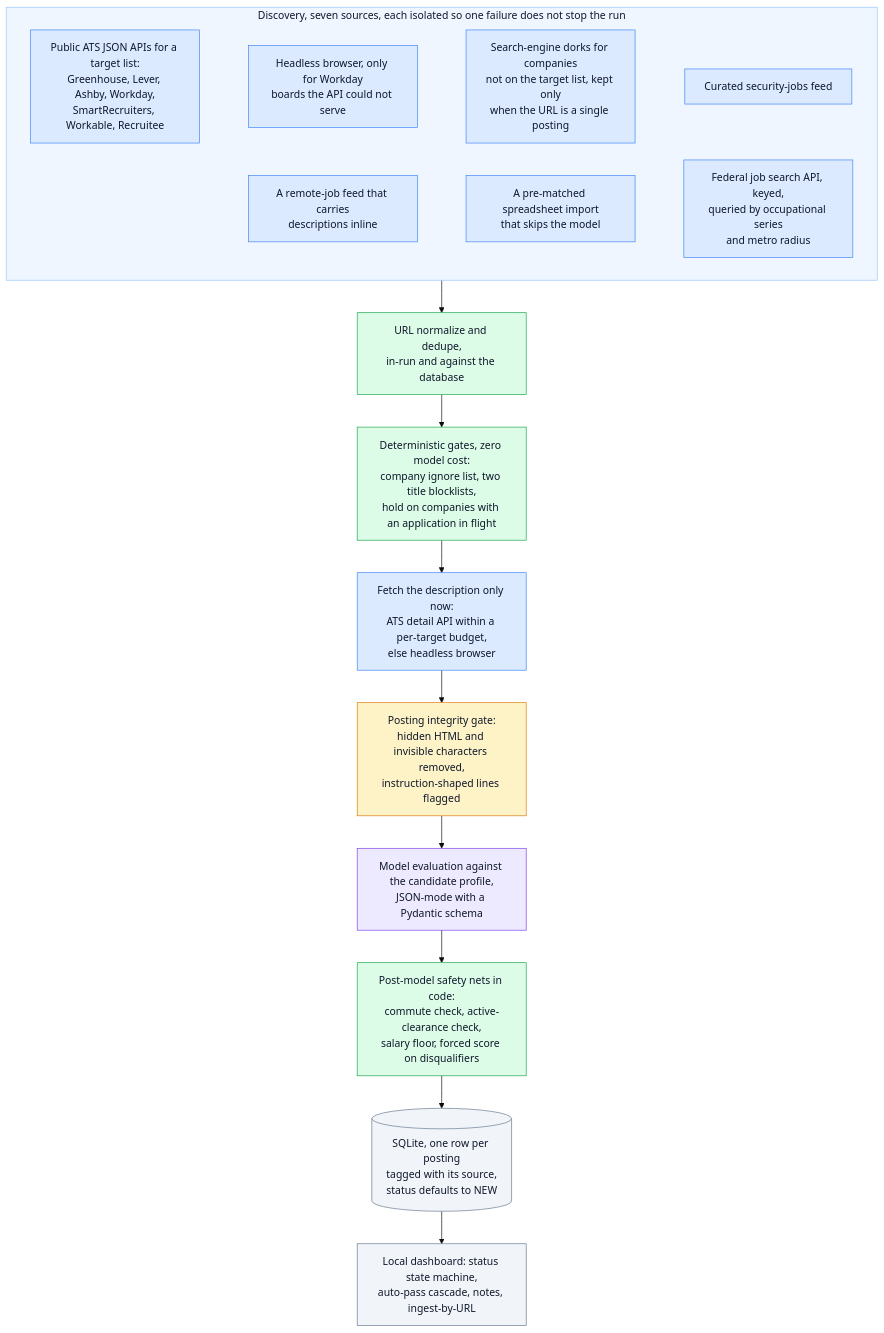
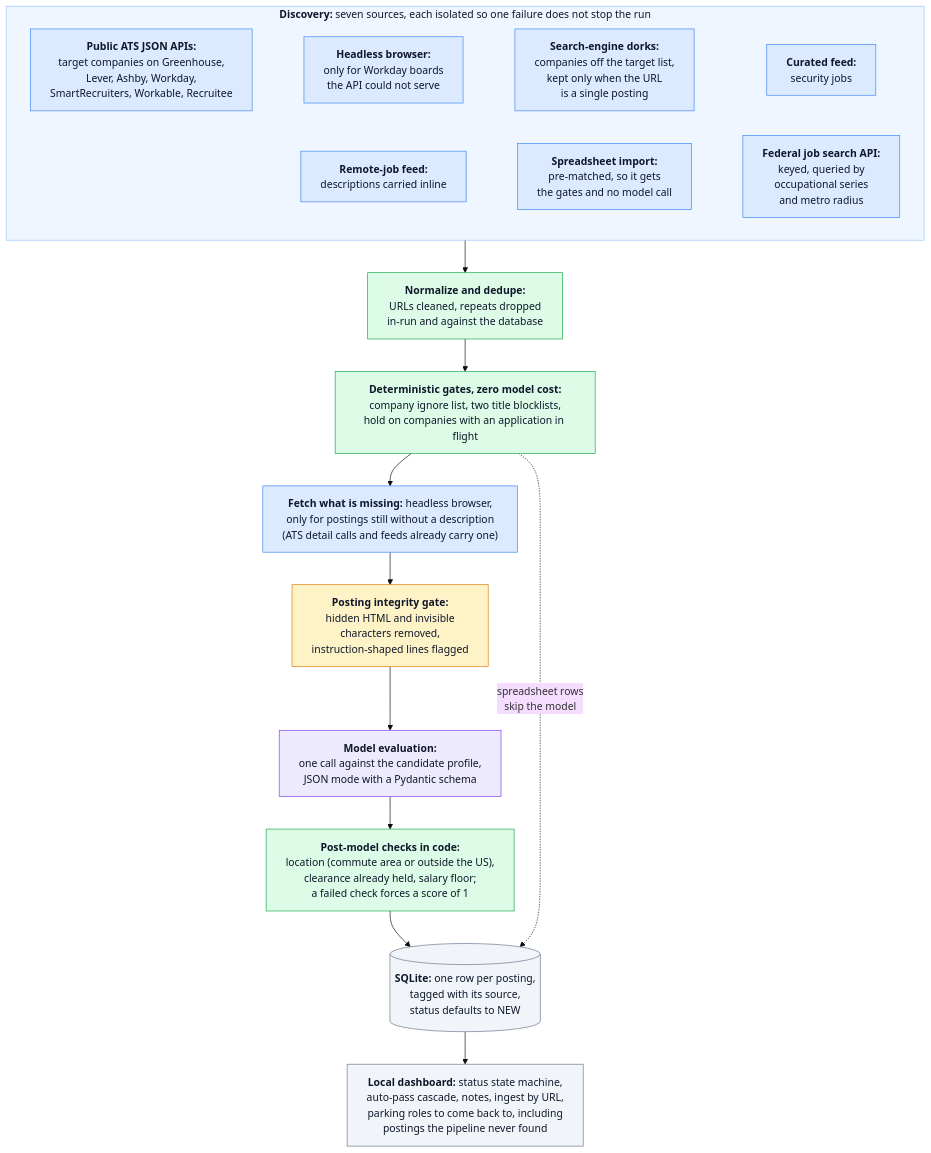
The diagram in README.md (nguyenaax/job-meets-resume), drawn with Mermaid (base theme) before and after one commit. The commit also changed other lines of this file and 2 other files, not shown here.

Commit message:
Refresh the pipeline diagram and trim the README intro
- Diagram: bold lead-ins, wider label wrap, fetch step matches the code
  (ATS detail calls and feeds already carry descriptions), spreadsheet
  rows shown skipping the model, post-model checks include outside-US
  locations, dashboard node covers parking roles to come back to.
- Color key as a table instead of a run-on sentence.
- Drop the name explanation and the closing offer to discuss; name
  Claude Code instead of 'AI coding tools'.
- Document the PARKED status and the park command.

````diff
--- a/README.md
+++ b/README.md
@@ -19,56 +19,70 @@
 ```mermaid
+%%{init: {"flowchart": {"wrappingWidth": 340}}}%%
 flowchart TD
-  subgraph DISCOVER["Discovery, seven sources, each isolated so one failure does not stop the run"]
-    S1["Public ATS JSON APIs for a target list:
-Greenhouse, Lever, Ashby, Workday,
+  subgraph DISCOVER["<b>Discovery:</b> seven sources, each isolated so one failure does not stop the run"]
+    S1["<b>Public ATS JSON APIs:</b>
+target companies on Greenhouse,
+Lever, Ashby, Workday,
 SmartRecruiters, Workable, Recruitee"]
-    S2["Headless browser, only for Workday
-boards the API could not serve"]
-    S3["Search-engine dorks for companies
-not on the target list, kept only
-when the URL is a single posting"]
-    S4["Curated security-jobs feed"]
-    S5["A remote-job feed that carries
-descriptions inline"]
-    S6["A pre-matched spreadsheet import
-that skips the model"]
-    S7["Federal job search API, keyed,
-queried by occupational series
+    S2["<b>Headless browser:</b>
+only for Workday boards
+the API could not serve"]
+    S3["<b>Search-engine dorks:</b>
+companies off the target list,
+kept only when the URL
+is a single posting"]
+    S4["<b>Curated feed:</b>
+security jobs"]
+    S5["<b>Remote-job feed:</b>
+descriptions carried inline"]
+    S6["<b>Spreadsheet import:</b>
+pre-matched, so it gets
+the gates and no model call"]
+    S7["<b>Federal job search API:</b>
+keyed, queried by
+occupational series
 and metro radius"]
     S1 ~~~ S2 ~~~ S3 ~~~ S4
     S5 ~~~ S6 ~~~ S7
   end
-  DISCOVER --> N["URL normalize and dedupe,
+  DISCOVER --> N["<b>Normalize and dedupe:</b>
+URLs cleaned, repeats dropped
 in-run and against the database"]
-  N --> G0["Deterministic gates, zero model cost:
+  N --> G0["<b>Deterministic gates, zero model cost:</b>
 company ignore list, two title blocklists,
 hold on companies with an application in flight"]
-  G0 --> F["Fetch the description only now:
-ATS detail API within a per-target budget,
-else headless browser"]
-  F --> PG["Posting integrity gate:
-hidden HTML and invisible characters removed,
+  G0 --> F["<b>Fetch what is missing:</b> headless browser,
+only for postings still without a description
+(ATS detail calls and feeds already carry one)"]
+  F --> PG["<b>Posting integrity gate:</b>
+hidden HTML and invisible
+characters removed,
 instruction-shaped lines flagged"]
-  PG --> LLM["Model evaluation against the candidate profile,
-JSON-mode with a Pydantic schema"]
-  LLM --> POST["Post-model safety nets in code:
-commute check, active-clearance check,
-salary floor, forced score on disqualifiers"]
-  POST --> DB[("SQLite, one row per posting
+  PG --> LLM["<b>Model evaluation:</b>
+one call against the candidate profile,
+JSON mode with a Pydantic schema"]
+  LLM --> POST["<b>Post-model checks in code:</b>
+location (commute area or outside the US),
+clearance already held, salary floor;
+a failed check forces a score of 1"]
+  POST --> DB[("<b>SQLite:</b> one row per posting,
 tagged with its source,
 status defaults to NEW")]
-  DB --> UI["Local dashboard: status state machine,
-auto-pass cascade, notes, ingest-by-URL"]
+  G0 -. "spreadsheet rows<br>skip the model" .-> DB
+  DB --> UI["<b>Local dashboard:</b> status state machine,
+auto-pass cascade, notes, ingest by URL,
+parking roles to come back to, including
+postings the pipeline never found"]
 
   classDef io fill:#dbeafe,stroke:#3b82f6,color:#0f172a
   classDef det fill:#dcfce7,stroke:#16a34a,color:#0f172a
   classDef guard fill:#fef3c7,stroke:#d97706,color:#0f172a
   classDef model fill:#ede9fe,stroke:#7c3aed,color:#0f172a
   classDef store fill:#f1f5f9,stroke:#64748b,color:#0f172a
   class S1,S2,S3,S4,S5,S6,S7,F io
   class N,G0,POST det
   class PG guard
   class LLM model
   class DB,UI store
   style DISCOVER fill:#eff6ff,stroke:#93c5fd,color:#0f172a
 ```
````
